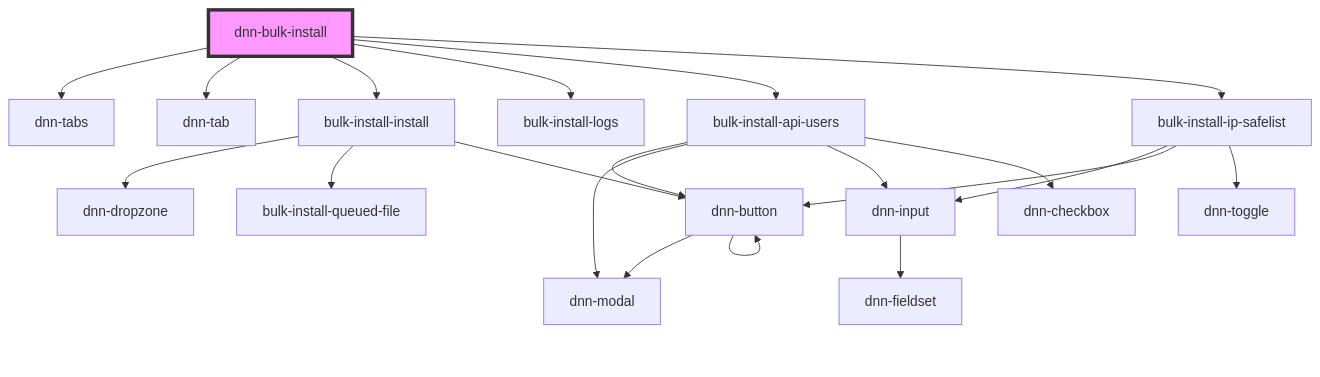
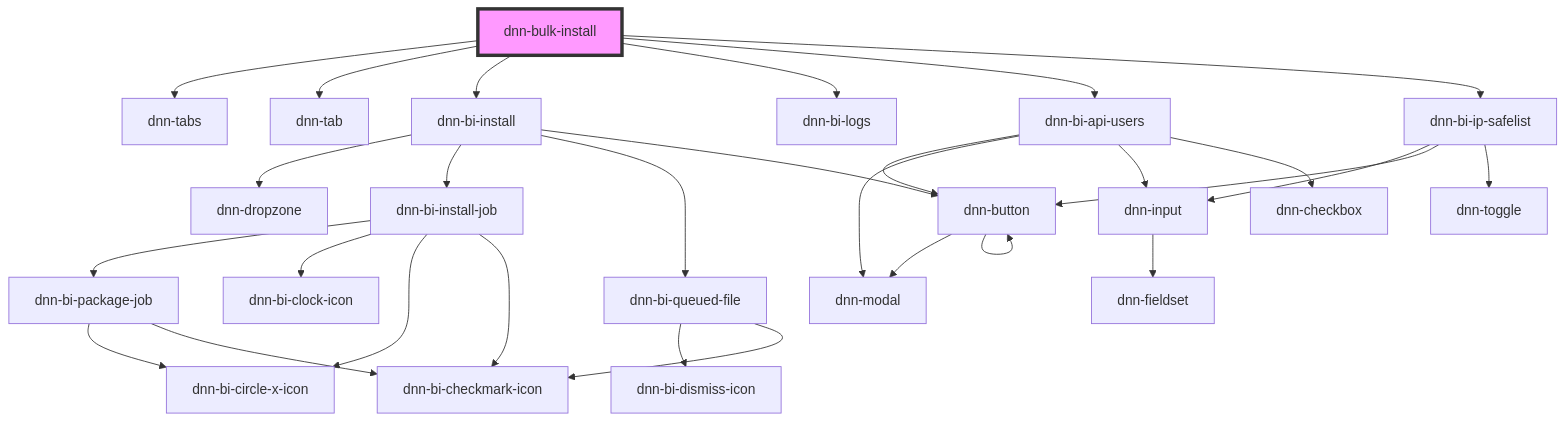
Before and after one commit to dnnsoftware/Dnn.Platform: the diagram in DNN Platform/Modules/BulkInstall/BulkInstall.Web/src/components/dnn-bulk-install/readme.md, drawn with Mermaid. The commit also changed other lines of this file and 61 other files, not shown here.

Commit message:
Use dnn-bi- prefix for Bulk Install elements

````diff
--- a/DNN Platform/Modules/BulkInstall/BulkInstall.Web/src/components/dnn-bulk-install/readme.md
+++ b/DNN Platform/Modules/BulkInstall/BulkInstall.Web/src/components/dnn-bulk-install/readme.md
@@ -25,23 +25,32 @@
 ```mermaid
 graph TD;
   dnn-bulk-install --> dnn-tabs
   dnn-bulk-install --> dnn-tab
-  dnn-bulk-install --> bulk-install-install
-  dnn-bulk-install --> bulk-install-logs
-  dnn-bulk-install --> bulk-install-api-users
-  dnn-bulk-install --> bulk-install-ip-safelist
-  bulk-install-install --> dnn-dropzone
-  bulk-install-install --> bulk-install-queued-file
-  bulk-install-install --> dnn-button
+  dnn-bulk-install --> dnn-bi-install
+  dnn-bulk-install --> dnn-bi-logs
+  dnn-bulk-install --> dnn-bi-api-users
+  dnn-bulk-install --> dnn-bi-ip-safelist
+  dnn-bi-install --> dnn-dropzone
+  dnn-bi-install --> dnn-bi-install-job
+  dnn-bi-install --> dnn-bi-queued-file
+  dnn-bi-install --> dnn-button
+  dnn-bi-install-job --> dnn-bi-package-job
+  dnn-bi-install-job --> dnn-bi-clock-icon
+  dnn-bi-install-job --> dnn-bi-circle-x-icon
+  dnn-bi-install-job --> dnn-bi-checkmark-icon
+  dnn-bi-package-job --> dnn-bi-circle-x-icon
+  dnn-bi-package-job --> dnn-bi-checkmark-icon
+  dnn-bi-queued-file --> dnn-bi-dismiss-icon
+  dnn-bi-queued-file --> dnn-bi-checkmark-icon
   dnn-button --> dnn-modal
   dnn-button --> dnn-button
-  bulk-install-api-users --> dnn-button
-  bulk-install-api-users --> dnn-modal
-  bulk-install-api-users --> dnn-input
-  bulk-install-api-users --> dnn-checkbox
+  dnn-bi-api-users --> dnn-button
+  dnn-bi-api-users --> dnn-modal
+  dnn-bi-api-users --> dnn-input
+  dnn-bi-api-users --> dnn-checkbox
   dnn-input --> dnn-fieldset
-  bulk-install-ip-safelist --> dnn-input
-  bulk-install-ip-safelist --> dnn-button
-  bulk-install-ip-safelist --> dnn-toggle
+  dnn-bi-ip-safelist --> dnn-input
+  dnn-bi-ip-safelist --> dnn-button
+  dnn-bi-ip-safelist --> dnn-toggle
   style dnn-bulk-install fill:#f9f,stroke:#333,stroke-width:4px
 ```
````
